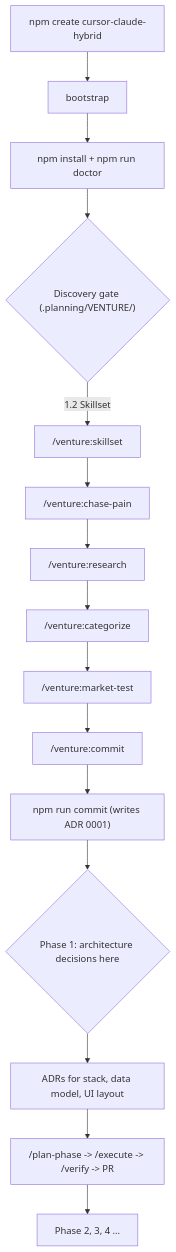
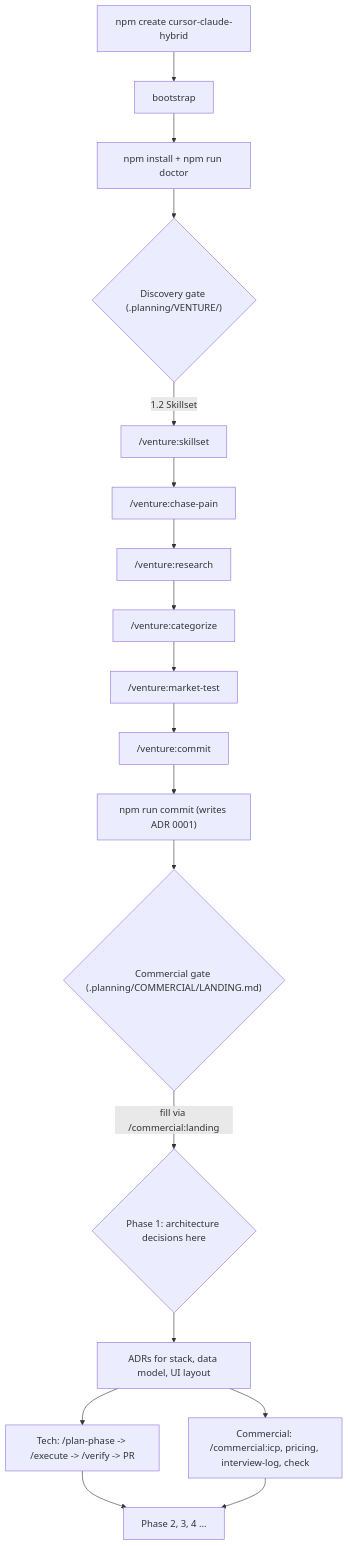
Before and after one commit to Liverpooler10/CursorClaudeHybridTemplate: the diagram in README.md, drawn with Mermaid. The commit also changed other lines of this file and 36 other files, not shown here.

````diff
--- a/README.md
+++ b/README.md
@@ -362,17 +397,20 @@
 ```mermaid
 flowchart TD
     A["npm create cursor-claude-hybrid"] --> B[bootstrap]
     B --> B2["npm install + npm run doctor"]
     B2 --> C{"Discovery gate (.planning/VENTURE/)"}
     C -->|"1.2 Skillset"| D["/venture:skillset"]
     D --> E["/venture:chase-pain"]
     E --> F["/venture:research"]
     F --> G["/venture:categorize"]
     G --> H["/venture:market-test"]
     H --> I["/venture:commit"]
     I --> J["npm run commit (writes ADR 0001)"]
-    J --> K{"Phase 1: architecture decisions here"}
+    J --> J2{"Commercial gate (.planning/COMMERCIAL/LANDING.md)"}
+    J2 -->|"fill via /commercial:landing"| K{"Phase 1: architecture decisions here"}
     K --> L["ADRs for stack, data model, UI layout"]
-    L --> M["/plan-phase -> /execute -> /verify -> PR"]
+    L --> M["Tech: /plan-phase -> /execute -> /verify -> PR"]
+    L --> M2["Commercial: /commercial:icp, pricing, interview-log, check"]
     M --> N["Phase 2, 3, 4 ..."]
+    M2 --> N
 ```
````
